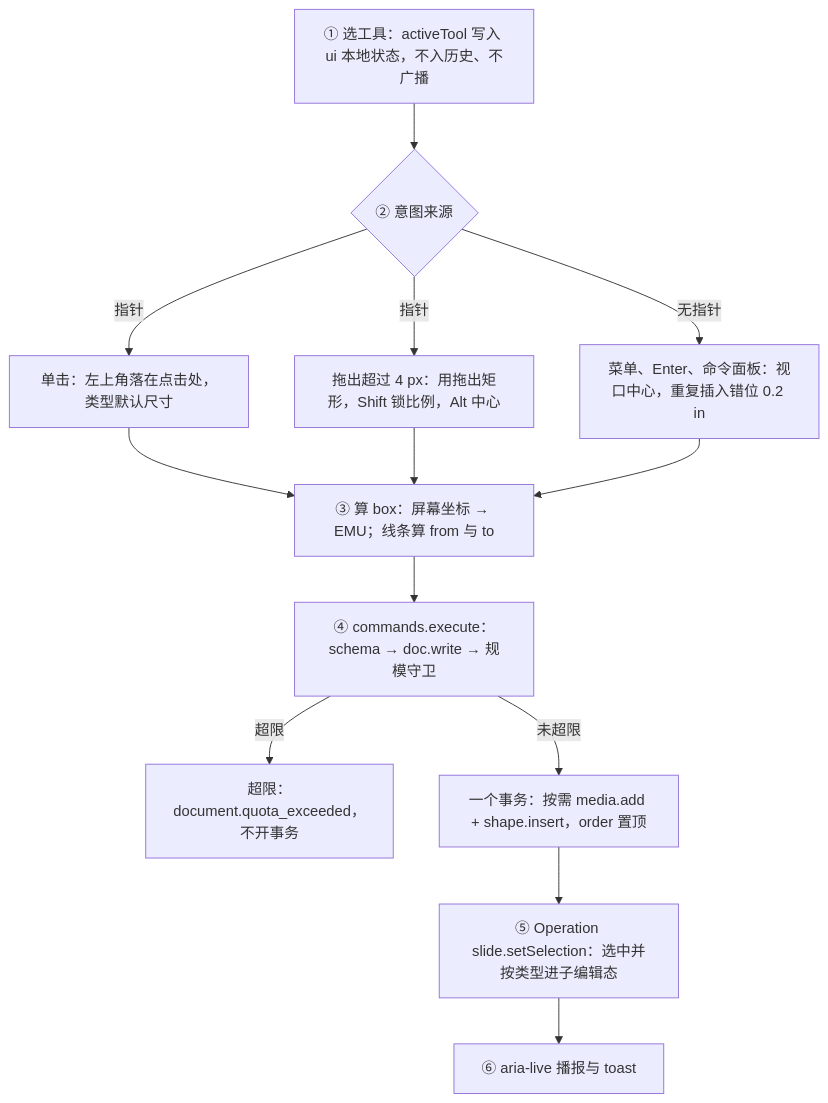
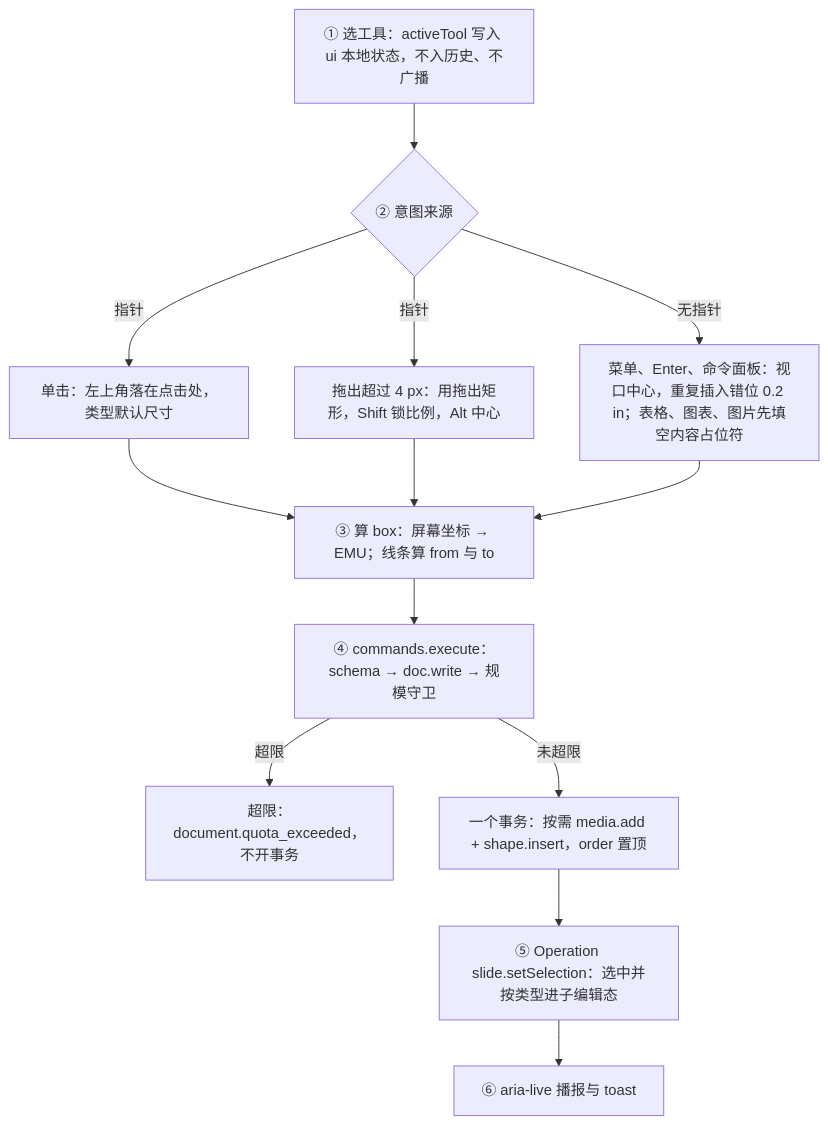
Before and after one commit to Xeonice/cordis-ppt-editor: the third of 11 diagrams in docs/50-frontend/19-insertable-elements-overview.md, drawn with Mermaid. The commit also changed other lines of this file and 12 other files, not shown here.

````diff
--- a/docs/50-frontend/19-insertable-elements-overview.md
+++ b/docs/50-frontend/19-insertable-elements-overview.md
@@ -206,25 +206,25 @@
 ```mermaid
 flowchart TB
   tool["① 选工具：activeTool 写入 ui 本地状态，不入历史、不广播"]
   intent{"② 意图来源"}
   singleTap["单击：左上角落在点击处，类型默认尺寸"]
   drag["拖出超过 4 px：用拖出矩形，Shift 锁比例，Alt 中心"]
-  center["菜单、Enter、命令面板：视口中心，重复插入错位 0.2 in"]
+  center["菜单、Enter、命令面板：视口中心，重复插入错位 0.2 in；表格、图表、图片先填空内容占位符"]
   box["③ 算 box：屏幕坐标 → EMU；线条算 from 与 to"]
   exec["④ commands.execute：schema → doc.write → 规模守卫"]
   quota["超限：document.quota_exceeded，不开事务"]
   tx["一个事务：按需 media.add + shape.insert，order 置顶"]
   sel["⑤ Operation slide.setSelection：选中并按类型进子编辑态"]
   a11y["⑥ aria-live 播报与 toast"]
   tool --> intent
   intent -- "指针" --> singleTap
   intent -- "指针" --> drag
   intent -- "无指针" --> center
   singleTap --> box
   drag --> box
   center --> box
   box --> exec
   exec -- "未超限" --> tx
   exec -- "超限" --> quota
   tx --> sel --> a11y
 ```
````
